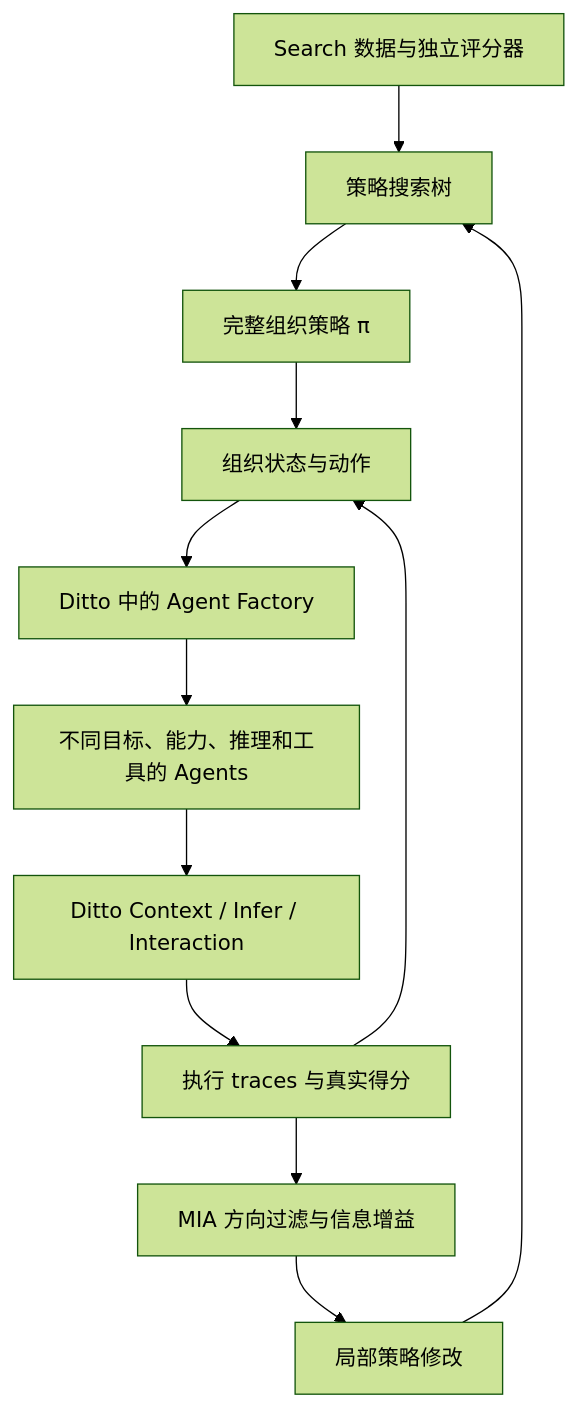
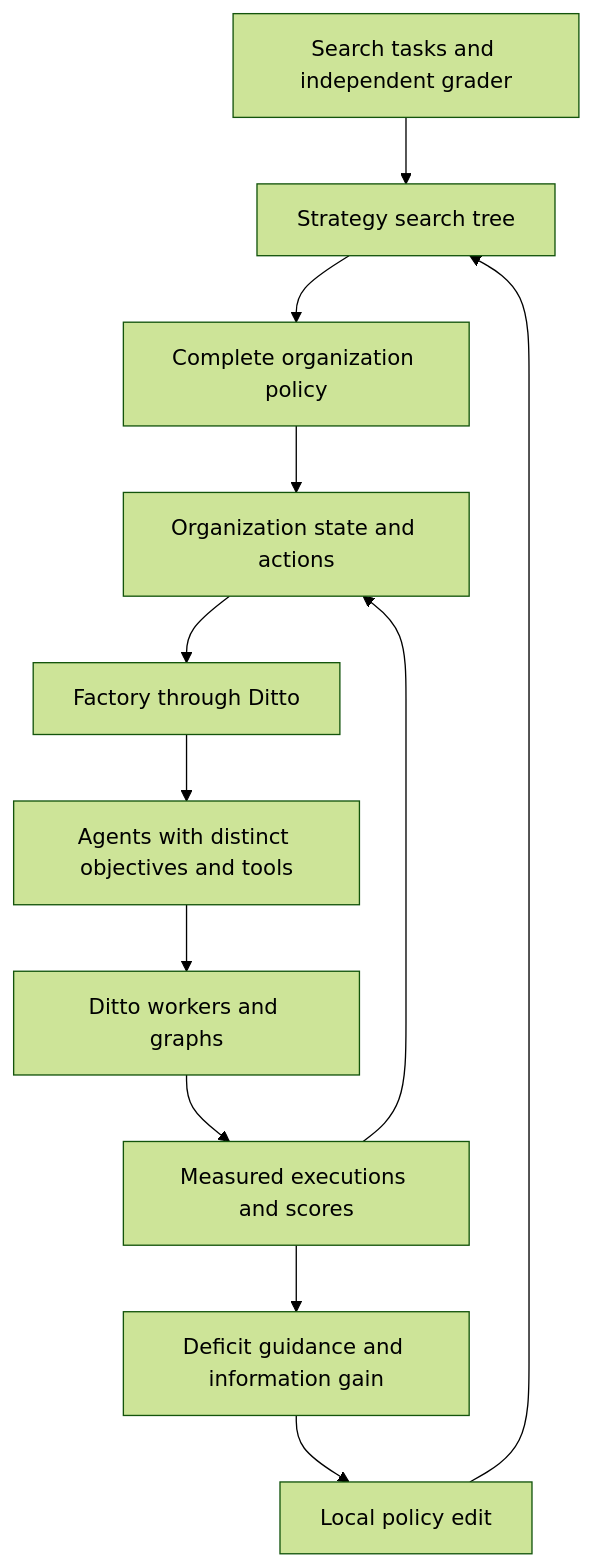
The diagram in docs/architecture.md (erwinmsmith/MFlow), drawn with Mermaid (forest theme) before and after one commit. The commit also changed other lines of this file and 78 other files, not shown here.

````diff
--- a/docs/architecture.md
+++ b/docs/architecture.md
@@ -12,14 +11,14 @@
 ```mermaid
 flowchart TD
-  Data[Search 数据与独立评分器] --> Search[策略搜索树]
-  Search --> Policy[完整组织策略 π]
-  Trace[执行 traces 与真实得分] --> MIA[MIA 方向过滤与信息增益]
-  MIA --> Edit[局部策略修改]
+  Data[Search tasks and independent grader] --> Search[Strategy search tree]
+  Search --> Policy[Complete organization policy]
+  Trace[Measured executions and scores] --> MIA[Deficit guidance and information gain]
+  MIA --> Edit[Local policy edit]
   Edit --> Search
-  Policy --> Org[组织状态与动作]
-  Org --> Factory[Ditto 中的 Agent Factory]
-  Factory --> Agents[不同目标、能力、推理和工具的 Agents]
-  Agents --> Ditto[Ditto Context / Infer / Interaction]
-  Ditto --> Trace
+  Policy --> Org[Organization state and actions]
+  Org --> Factory[Factory through Ditto]
+  Factory --> Agents[Agents with distinct objectives and tools]
+  Agents --> Runtime[Ditto workers and graphs]
+  Runtime --> Trace
   Trace --> Org
 ```
````
